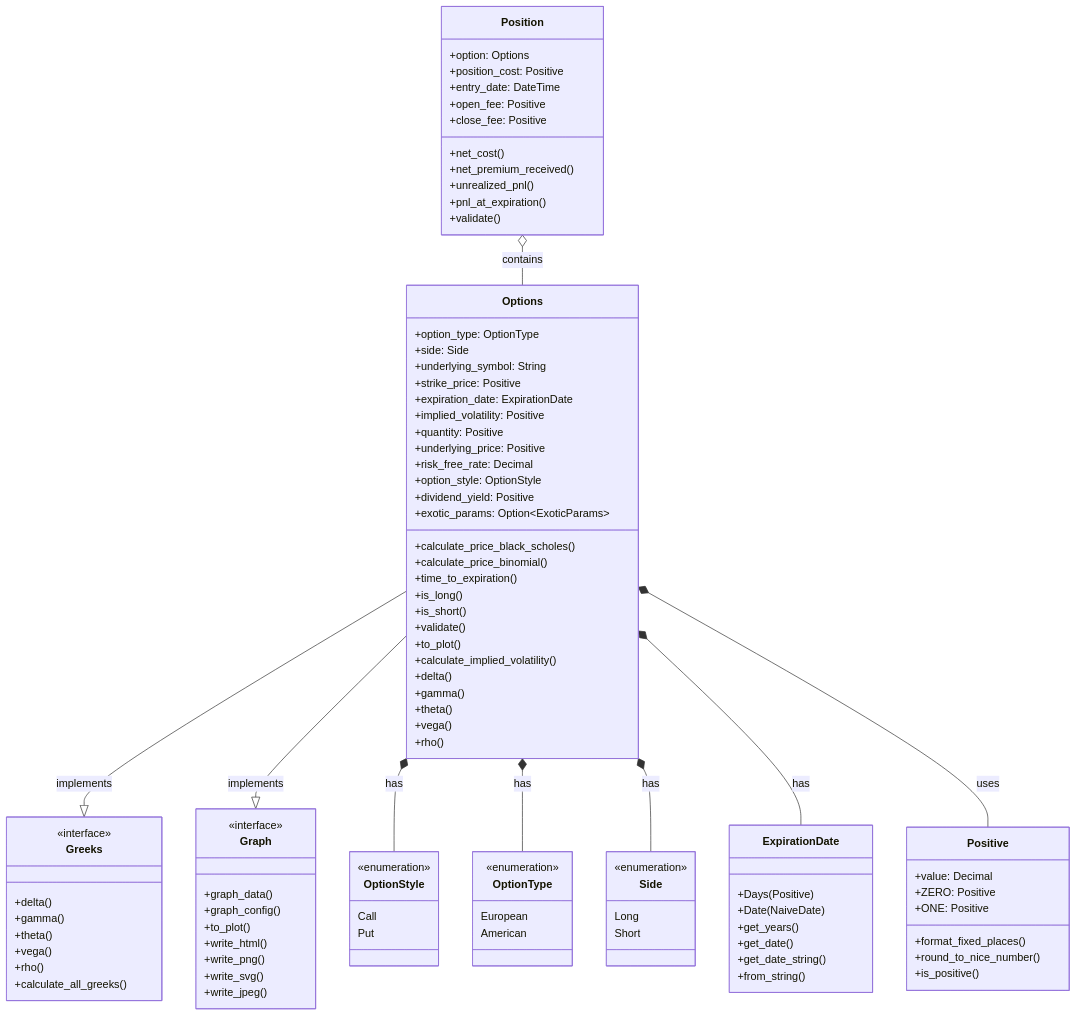
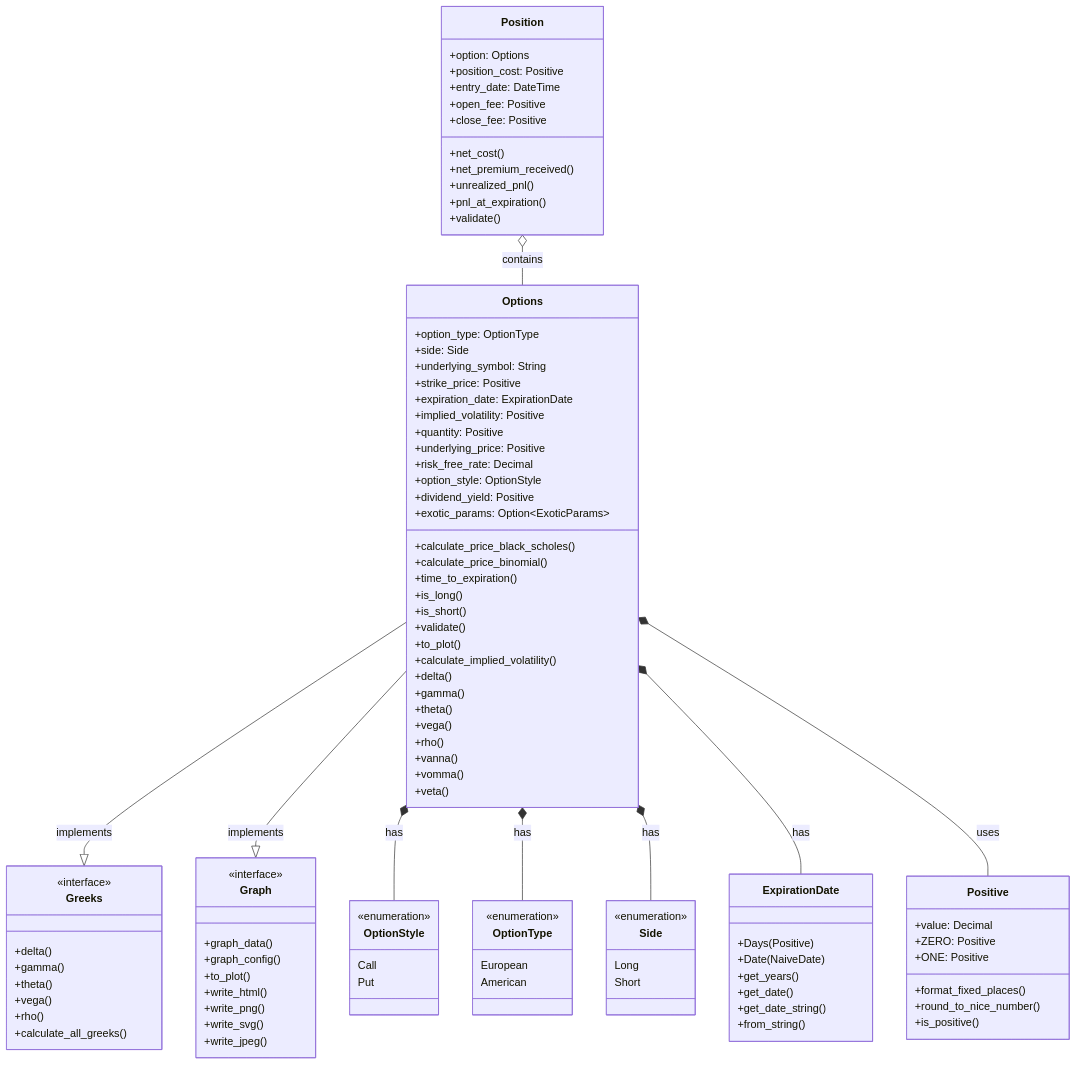
The diagram in README.md (joaquinbejar/OptionStratLib), drawn with Mermaid before and after one commit. The commit also changed other lines of this file and 20 other files, not shown here.

```diff
--- a/README.md
+++ b/README.md
@@ -246,6 +246,9 @@
 +theta()
 +vega()
 +rho()
++vanna()
++vomma()
++veta()
 }
 
 class Position {
```
